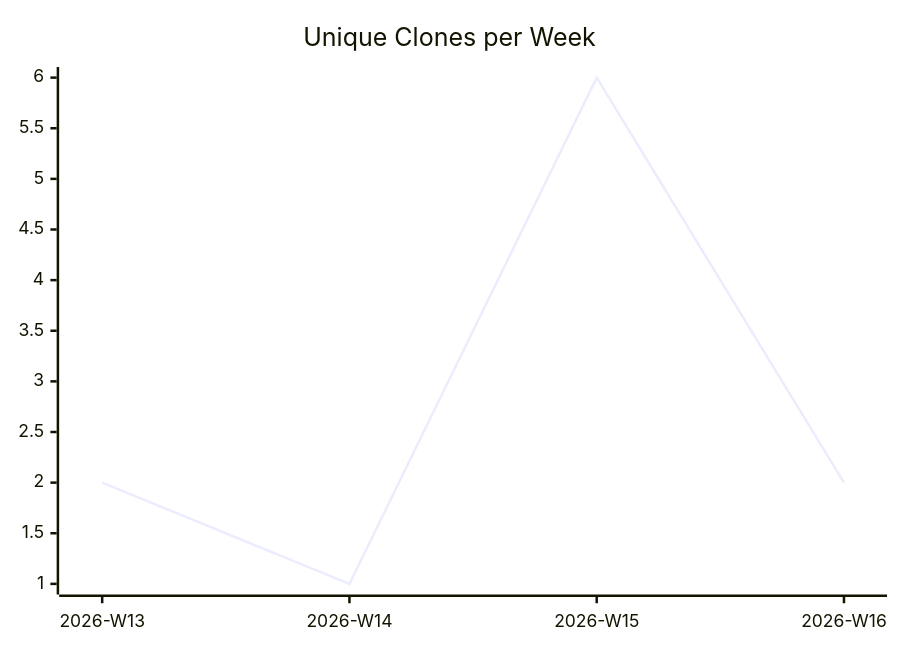
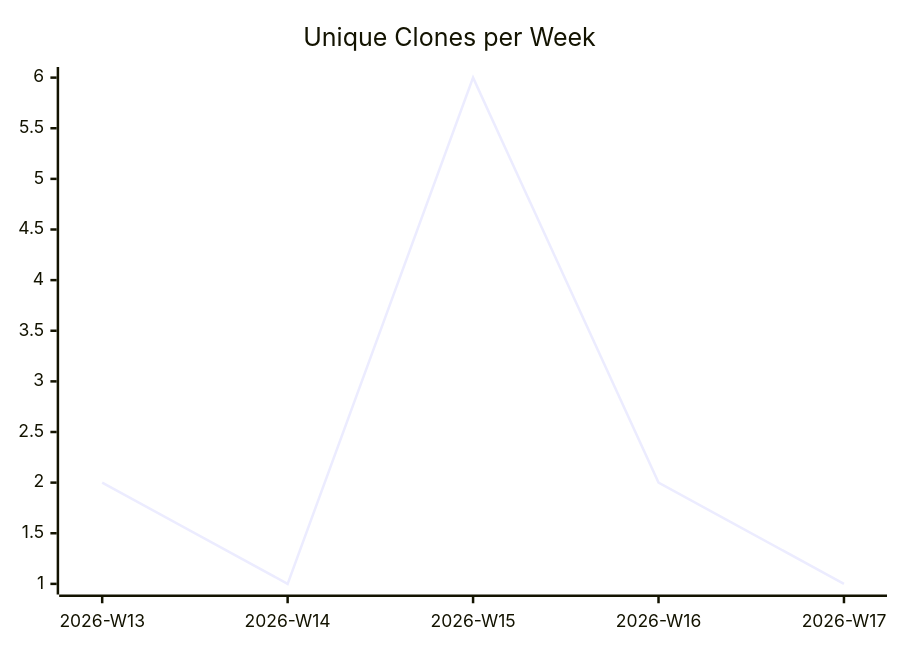
One commit to justdavis-family/github-analytics-data changed the third of 3 diagrams in karlmdavis/m2e-core/README.md. Above: the diagram before and after it, drawn with Mermaid. The commit also changed other lines of this file and 198 other files, not shown here.

````diff
--- a/karlmdavis/m2e-core/README.md
+++ b/karlmdavis/m2e-core/README.md
@@ -19,6 +19,6 @@
 ```mermaid
 xychart-beta
   title "Unique Clones per Week"
-  x-axis ["2026-W13", "2026-W14", "2026-W15", "2026-W16"]
-  line [2, 1, 6, 2]
+  x-axis ["2026-W13", "2026-W14", "2026-W15", "2026-W16", "2026-W17"]
+  line [2, 1, 6, 2, 1]
 ```
````
